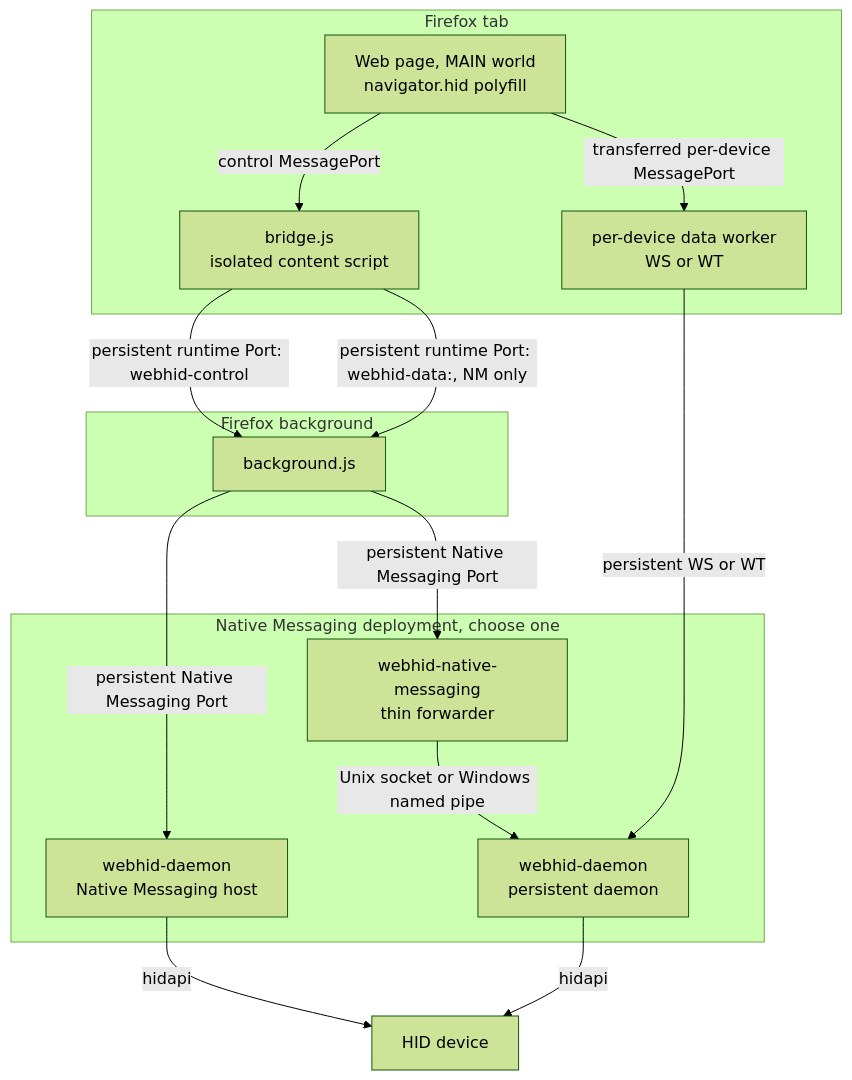
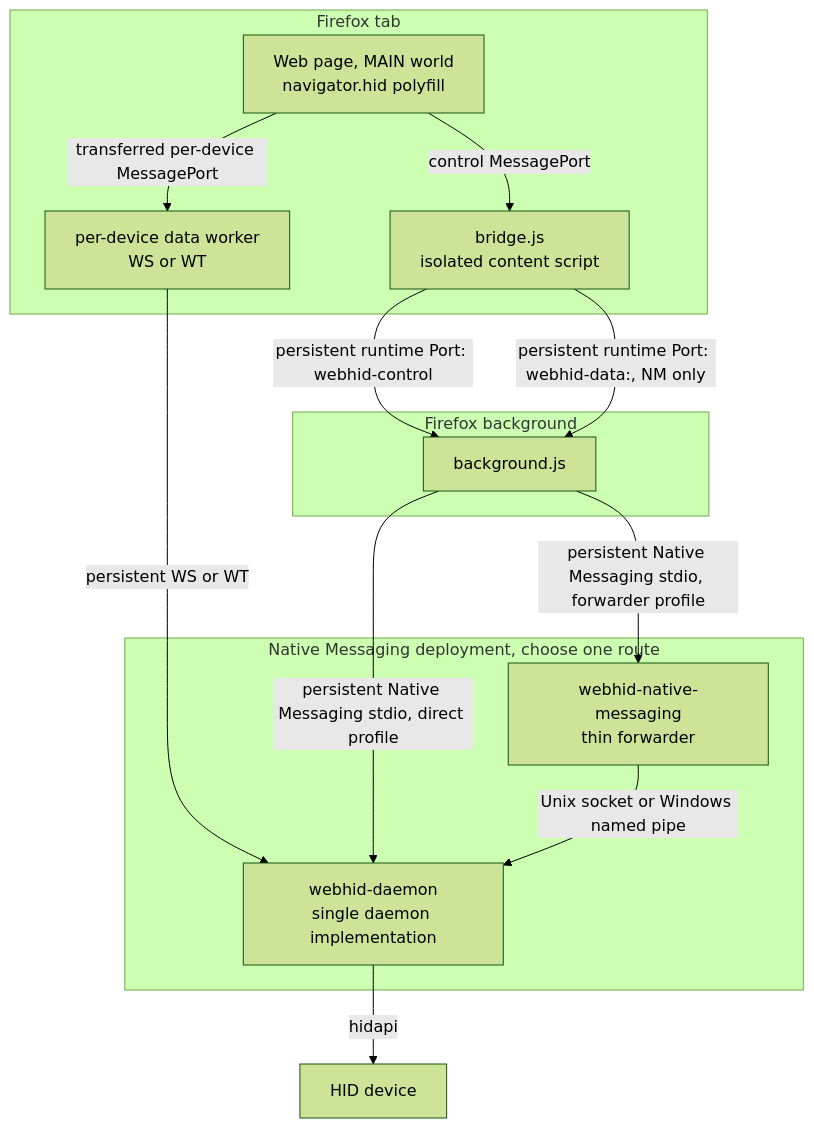
The first of 7 diagrams in docs/ARCHITECTURE.md (K4zoku/FF-WebHID), drawn with Mermaid (forest theme) before and after one commit. The commit also changed other lines of this file and 4 other files, not shown here.

````diff
--- a/docs/ARCHITECTURE.md
+++ b/docs/ARCHITECTURE.md
@@ -5,31 +5,29 @@
 ```mermaid
 graph TB
     subgraph "Firefox tab"
         Page["Web page, MAIN world<br/>navigator.hid polyfill"]
         Bridge["bridge.js<br/>isolated content script"]
         Worker["per-device data worker<br/>WS or WT"]
     end
 
     subgraph "Firefox background"
         BG["background.js"]
     end
 
-    subgraph "Native Messaging deployment, choose one"
-        Direct["webhid-daemon<br/>Native Messaging host"]
+    subgraph "Native Messaging deployment, choose one route"
         Forwarder["webhid-native-messaging<br/>thin forwarder"]
-        Daemon["webhid-daemon<br/>persistent daemon"]
+        Daemon["webhid-daemon<br/>single daemon implementation"]
     end
 
     HID["HID device"]
 
     Page -- "control MessagePort" --> Bridge
     Bridge -- "persistent runtime Port: webhid-control" --> BG
     Page -- "transferred per-device MessagePort" --> Worker
     Bridge -- "persistent runtime Port: webhid-data:<deviceId>, NM only" --> BG
     Worker -- "persistent WS or WT" --> Daemon
-    BG -- "persistent Native Messaging Port" --> Direct
-    BG -- "persistent Native Messaging Port" --> Forwarder
+    BG -- "persistent Native Messaging stdio, direct profile" --> Daemon
+    BG -- "persistent Native Messaging stdio, forwarder profile" --> Forwarder
     Forwarder -- "Unix socket or Windows named pipe" --> Daemon
-    Direct -- "hidapi" --> HID
     Daemon -- "hidapi" --> HID
 ```
````
